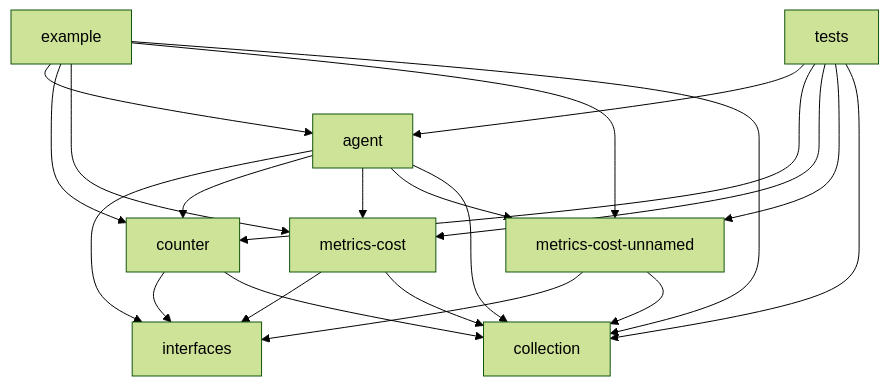
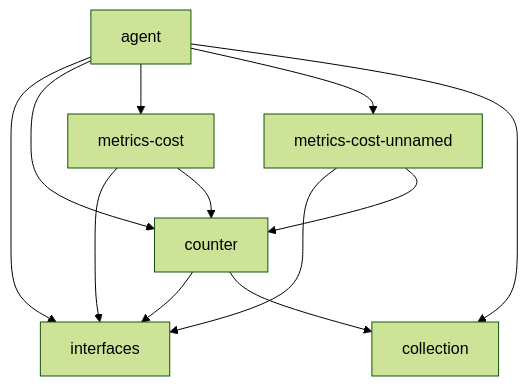
One commit to conetex/org-conetex-runtime-instrument changed the first of 3 diagrams in architecture.md. Above: the diagram before and after it, drawn with Mermaid (forest theme). The commit also changed other lines of this file, not shown here.

````diff
--- a/architecture.md
+++ b/architecture.md
@@ -34,33 +34,20 @@
 ```mermaid
 graph TD
 
     %% Core modules
     A[agent] --> B[interfaces]
     A --> C[counter]
     A --> D[metrics-cost]
     A --> E[metrics-cost-unnamed]
     A --> F[collection]
 
     %% Instrumentation logic
     C --> B
     D --> B
     E --> B
 
     %% Data flow
     C --> F
-    D --> F
-    E --> F
-
-    %% Example and tests
-    G[example] --> A
-    G --> C
-    G --> D
-    G --> E
-    G --> F
-
-    H[tests] --> A
-    H --> C
-    H --> D
-    H --> E
-    H --> F
+    D --> C
+    E --> C
 ```
````
